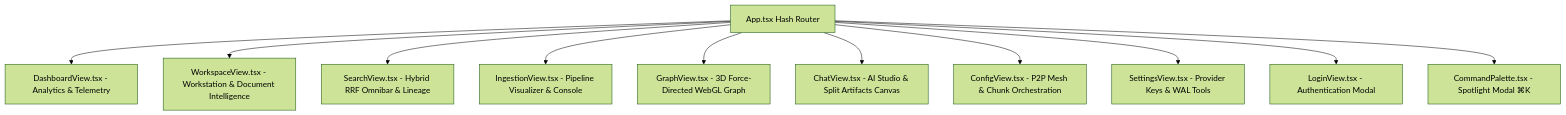
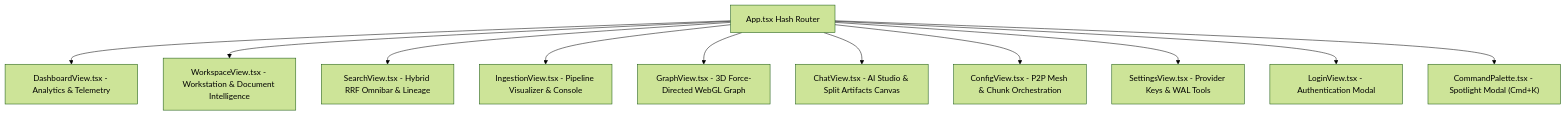
Before and after one commit to SavianAlexander/uroboros-knowledge-engine: the eighth of 8 diagrams in README.md, drawn with Mermaid (forest theme). The commit also changed other lines of this file and 1 other file, not shown here.

Commit message:
docs: Format all Mermaid diagrams with strict node label quotes and valid subgraphs [Tududi #1092 | Neuro Hash: 806c2920]

````diff
--- a/README.md
+++ b/README.md
@@ -1028,13 +1028,13 @@
 ```mermaid
 graph TD
-    App[App.tsx Hash Router] --> Dash[DashboardView.tsx - Analytics & Telemetry]
-    App --> Workspace[WorkspaceView.tsx - Workstation & Document Intelligence]
-    App --> Search[SearchView.tsx - Hybrid RRF Omnibar & Lineage]
-    App --> Ingest[IngestionView.tsx - Pipeline Visualizer & Console]
-    App --> Graph[GraphView.tsx - 3D Force-Directed WebGL Graph]
-    App --> Chat[ChatView.tsx - AI Studio & Split Artifacts Canvas]
-    App --> Config[ConfigView.tsx - P2P Mesh & Chunk Orchestration]
-    App --> Settings[SettingsView.tsx - Provider Keys & WAL Tools]
-    App --> Login[LoginView.tsx - Authentication Modal]
-    App --> Cmd[CommandPalette.tsx - Spotlight Modal ⌘K]
+    App["App.tsx Hash Router"] --> Dash["DashboardView.tsx - Analytics & Telemetry"]
+    App --> Workspace["WorkspaceView.tsx - Workstation & Document Intelligence"]
+    App --> Search["SearchView.tsx - Hybrid RRF Omnibar & Lineage"]
+    App --> Ingest["IngestionView.tsx - Pipeline Visualizer & Console"]
+    App --> Graph["GraphView.tsx - 3D Force-Directed WebGL Graph"]
+    App --> Chat["ChatView.tsx - AI Studio & Split Artifacts Canvas"]
+    App --> Config["ConfigView.tsx - P2P Mesh & Chunk Orchestration"]
+    App --> Settings["SettingsView.tsx - Provider Keys & WAL Tools"]
+    App --> Login["LoginView.tsx - Authentication Modal"]
+    App --> Cmd["CommandPalette.tsx - Spotlight Modal (Cmd+K)"]
 ```
````
